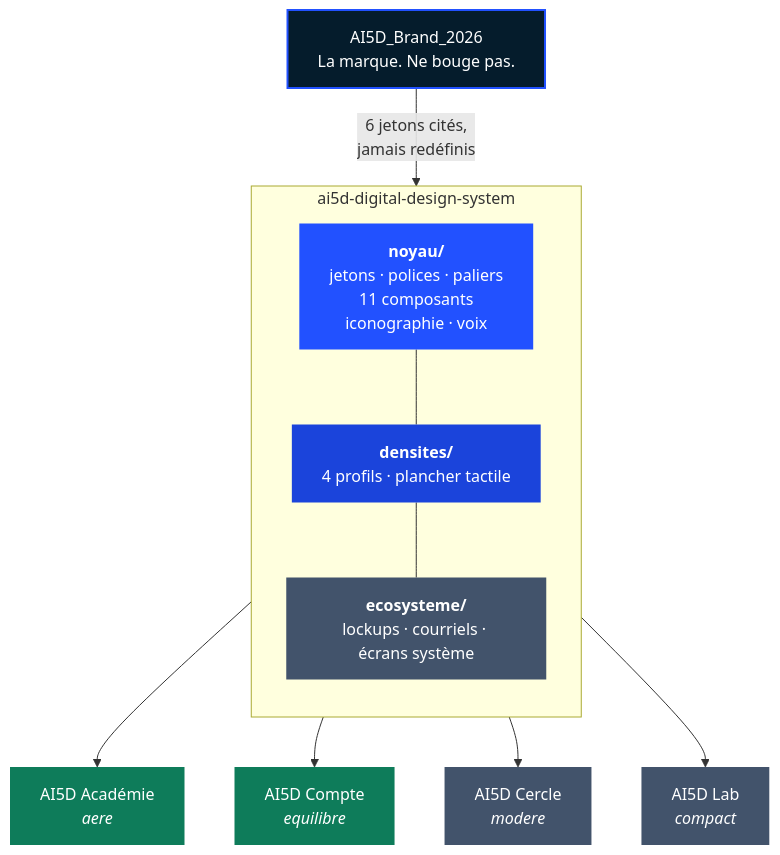
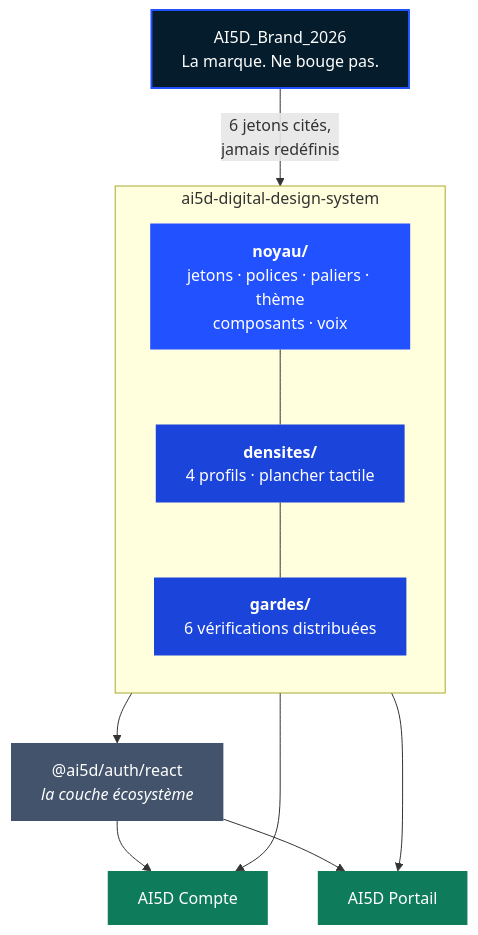
The diagram in README.md (Kaaramo/ai5d-digital-design-system), drawn with Mermaid before and after one commit. The commit also changed other lines of this file and 13 other files, not shown here.

````diff
--- a/README.md
+++ b/README.md
@@ -107,28 +200,28 @@
 ```mermaid
 flowchart TD
     Marque["AI5D_Brand_2026<br/>La marque. Ne bouge pas."]
 
     Marque -->|"6 jetons cités,<br/>jamais redéfinis"| Noyau
 
     subgraph Systeme["ai5d-digital-design-system"]
         direction TB
-        Noyau["<b>noyau/</b><br/>jetons · polices · paliers<br/>11 composants<br/>iconographie · voix"]
+        Noyau["<b>noyau/</b><br/>jetons · polices · paliers · thème<br/>composants · voix"]
         Densites["<b>densites/</b><br/>4 profils · plancher tactile"]
-        Eco["<b>ecosysteme/</b><br/>lockups · courriels · écrans système"]
-        Noyau --- Densites --- Eco
+        Gardes["<b>gardes/</b><br/>6 vérifications distribuées"]
+        Noyau --- Densites --- Gardes
     end
 
-    Systeme --> Academie["AI5D Académie<br/><i>aere</i>"]
-    Systeme --> Compte["AI5D Compte<br/><i>equilibre</i>"]
-    Systeme --> Cercle["AI5D Cercle<br/><i>modere</i>"]
-    Systeme --> Lab["AI5D Lab<br/><i>compact</i>"]
+    Systeme --> SDK["@ai5d/auth/react<br/><i>la couche écosystème</i>"]
+    Systeme --> Compte["AI5D Compte"]
+    Systeme --> Portail["AI5D Portail"]
+    SDK --> Compte
+    SDK --> Portail
 
     style Marque fill:#051C2C,color:#fff,stroke:#2251FF,stroke-width:2px
     style Noyau fill:#2251FF,color:#fff,stroke:none
     style Densites fill:#1B44DB,color:#fff,stroke:none
-    style Eco fill:#42536b,color:#fff,stroke:none,stroke-dasharray:4
-    style Academie fill:#0E7C5A,color:#fff,stroke:none
+    style Gardes fill:#1B44DB,color:#fff,stroke:none
+    style SDK fill:#42536b,color:#fff,stroke:none
     style Compte fill:#0E7C5A,color:#fff,stroke:none
-    style Cercle fill:#42536b,color:#fff,stroke:none
-    style Lab fill:#42536b,color:#fff,stroke:none
+    style Portail fill:#0E7C5A,color:#fff,stroke:none
 ```
````
